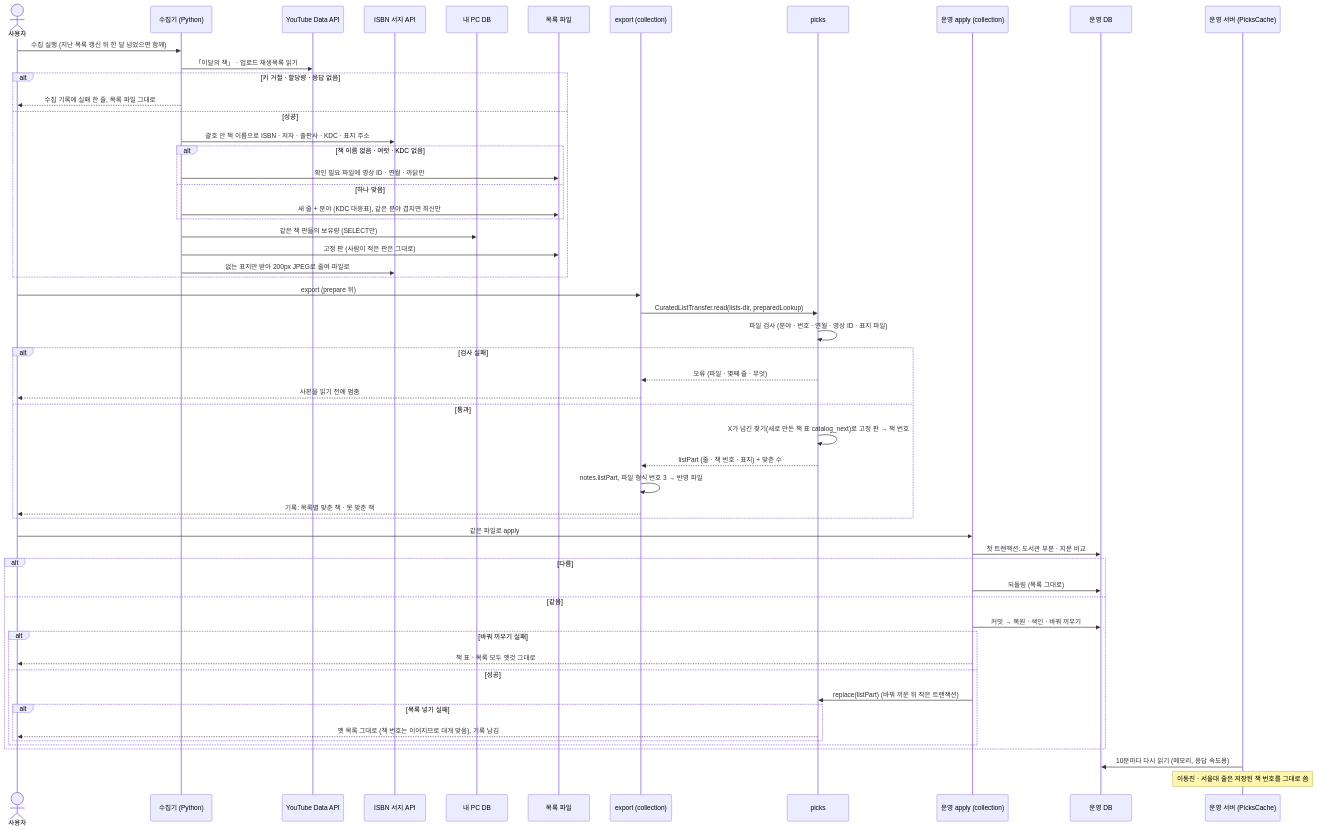
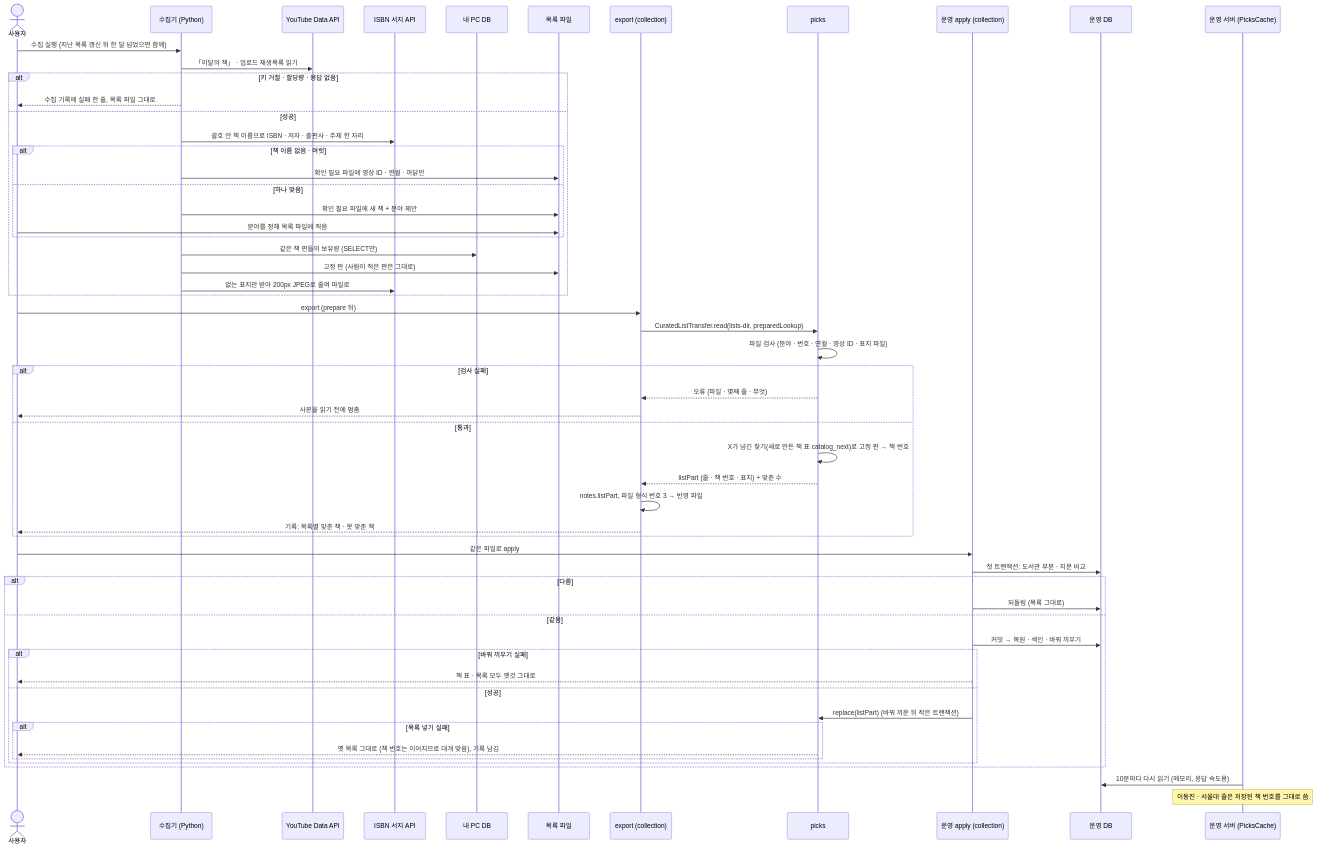
One commit to hodu-sketch/chaekcheck-plan changed diagram 52 of 54 in docs/current/flows.md. Above: the diagram before and after it, drawn with Mermaid. The commit also changed 8 other files, not shown here.

````diff
--- a/docs/current/flows.md
+++ b/docs/current/flows.md
@@ -1599,58 +1599,59 @@
 ```mermaid
 sequenceDiagram
   actor U as 사용자
   participant C as 수집기 (Python)
   participant YT as YouTube Data API
   participant NI as ISBN 서지 API
   participant PDB as 내 PC DB
   participant F as 목록 파일
   participant X as export (collection)
   participant PK as picks
   participant O as 운영 apply (collection)
   participant ODB as 운영 DB
   participant S as 운영 서버 (PicksCache)
   U->>C: 수집 실행 (지난 목록 갱신 뒤 한 달 넘었으면 함께)
   C->>YT: 「이달의 책」 · 업로드 재생목록 읽기
   alt 키 거절 · 할당량 · 응답 없음
     C-->>U: 수집 기록에 실패 한 줄, 목록 파일 그대로
   else 성공
-    C->>NI: 괄호 안 책 이름으로 ISBN · 저자 · 출판사 · KDC · 표지 주소
-    alt 책 이름 없음 · 여럿 · KDC 없음
+    C->>NI: 괄호 안 책 이름으로 ISBN · 저자 · 출판사 · 주제 한 자리
+    alt 책 이름 없음 · 여럿
       C->>F: 확인 필요 파일에 영상 ID · 연월 · 까닭만
     else 하나 맞음
-      C->>F: 새 줄 + 분야 (KDC 대응표), 같은 분야 겹치면 최신만
+      C->>F: 확인 필요 파일에 새 책 + 분야 제안
+      U->>F: 분야를 정해 목록 파일에 적음
     end
     C->>PDB: 같은 책 판들의 보유량 (SELECT만)
     C->>F: 고정 판 (사람이 적은 판은 그대로)
     C->>NI: 없는 표지만 받아 200px JPEG로 줄여 파일로
   end
   U->>X: export (prepare 뒤)
   X->>PK: CuratedListTransfer.read(lists-dir, preparedLookup)
   PK->>PK: 파일 검사 (분야 · 번호 · 연월 · 영상 ID · 표지 파일)
   alt 검사 실패
     PK-->>X: 오류 (파일 · 몇째 줄 · 무엇)
     X-->>U: 사본을 읽기 전에 멈춤
   else 통과
     PK->>PK: X가 넘긴 찾기(새로 만든 책 표 catalog_next)로 고정 판 → 책 번호
     PK-->>X: listPart (줄 · 책 번호 · 표지) + 맞춘 수
     X->>X: notes.listPart, 파일 형식 번호 3 → 반영 파일
     X-->>U: 기록: 목록별 맞춘 책 · 못 맞춘 책
   end
   U->>O: 같은 파일로 apply
   O->>ODB: 첫 트랜잭션: 도서관 부분 · 지문 비교
   alt 다름
     O->>ODB: 되돌림 (목록 그대로)
   else 같음
     O->>ODB: 커밋 → 복원 · 색인 · 바꿔 끼우기
     alt 바꿔 끼우기 실패
       O-->>U: 책 표 · 목록 모두 옛것 그대로
     else 성공
       O->>PK: replace(listPart) (바꿔 끼운 뒤 작은 트랜잭션)
       alt 목록 넣기 실패
         PK-->>U: 옛 목록 그대로 (책 번호는 이어지므로 대개 맞음), 기록 남김
       end
     end
   end
   S->>ODB: 10분마다 다시 읽기 (메모리, 응답 속도용)
   Note over S: 이동진 · 서울대 줄은 저장된 책 번호를 그대로 씀
 ```
````
